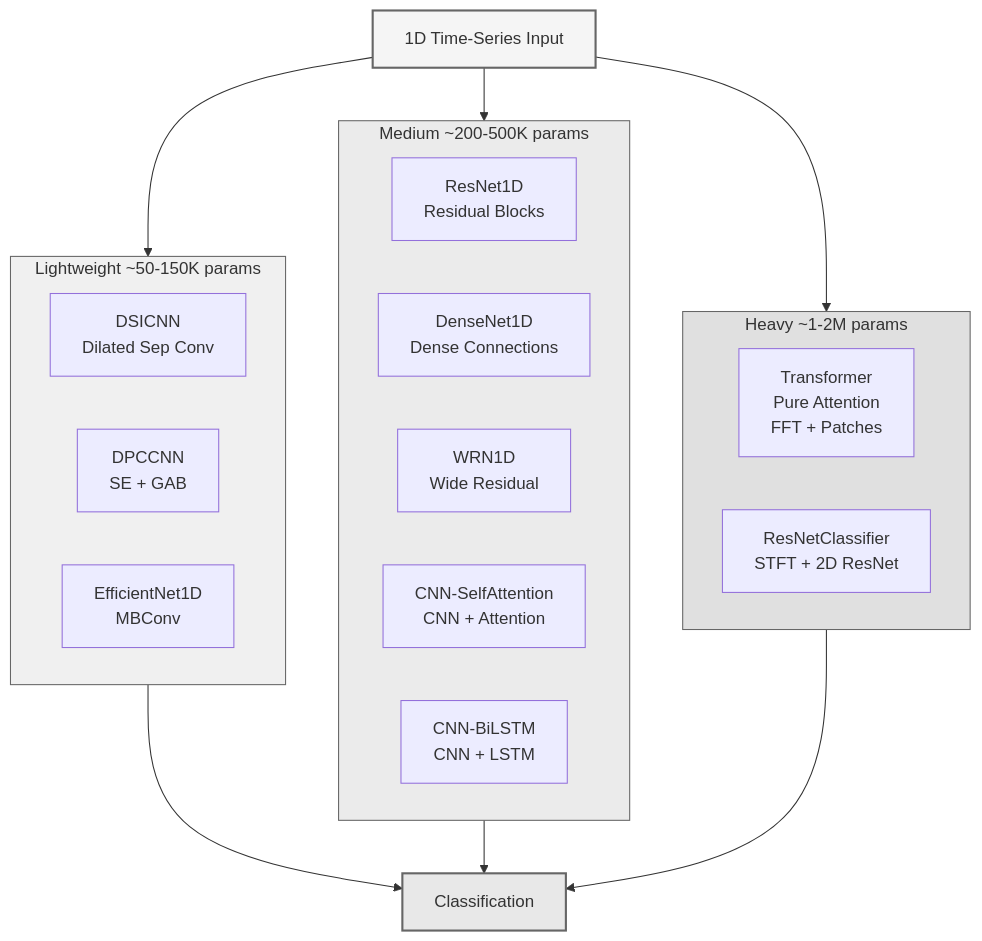
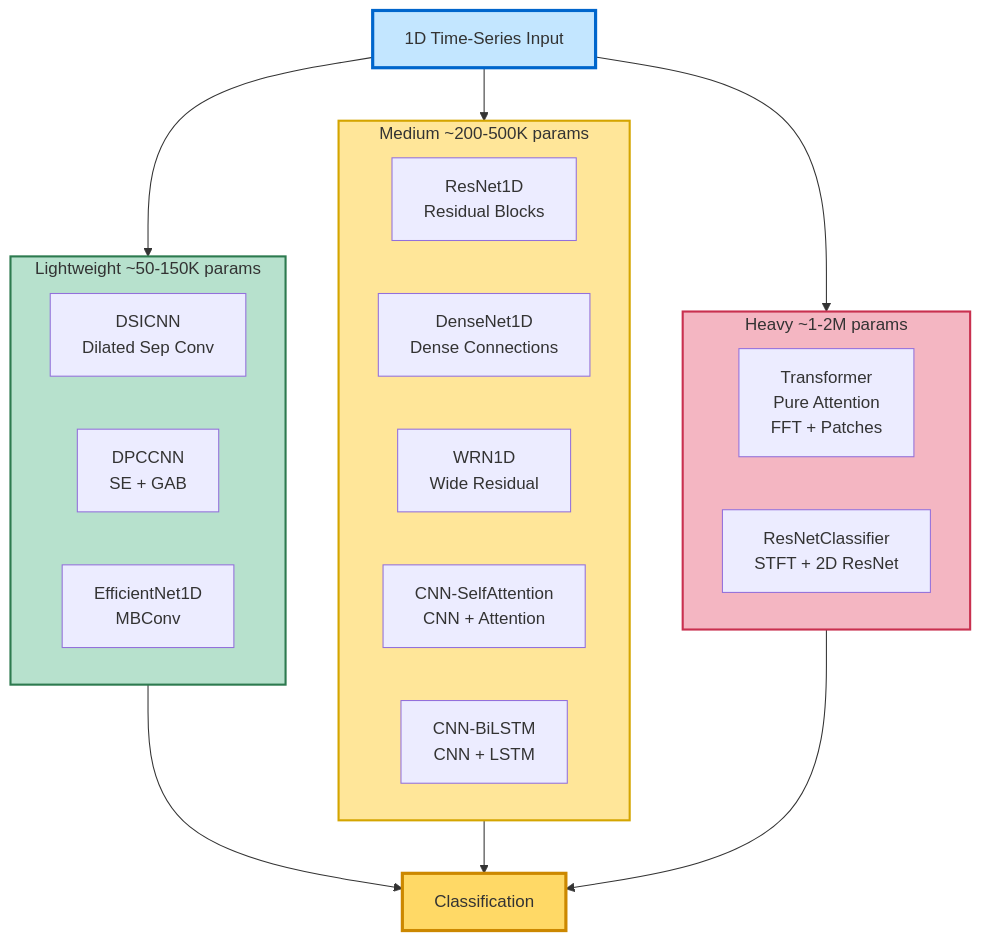
One commit to soroosh-tanzadeh/rotary-insight changed diagram 13 of 13 in models/MODEL_ARCHITECTURES.md. Above: the diagram before and after it, drawn with Mermaid. The commit also changed other lines of this file and 5 other files, not shown here.

````diff
--- a/models/MODEL_ARCHITECTURES.md
+++ b/models/MODEL_ARCHITECTURES.md
@@ -869,35 +920,35 @@
 ```mermaid
 graph TB
     subgraph Lightweight[Lightweight ~50-150K params]
         L1[DSICNN<br/>Dilated Sep Conv]
         L2[DPCCNN<br/>SE + GAB]
         L3[EfficientNet1D<br/>MBConv]
     end
     
     subgraph Medium[Medium ~200-500K params]
         M1[ResNet1D<br/>Residual Blocks]
         M2[DenseNet1D<br/>Dense Connections]
         M3[WRN1D<br/>Wide Residual]
         M4[CNN-SelfAttention<br/>CNN + Attention]
         M5[CNN-BiLSTM<br/>CNN + LSTM]
     end
     
     subgraph Heavy[Heavy ~1-2M params]
         H1[Transformer<br/>Pure Attention<br/>FFT + Patches]
         H2[ResNetClassifier<br/>STFT + 2D ResNet]
     end
     
     Input[1D Time-Series Input] --> Lightweight
     Input --> Medium
     Input --> Heavy
     
     Lightweight --> Output[Classification]
     Medium --> Output
     Heavy --> Output
     
-    style Input fill:#f5f5f5,stroke:#666,stroke-width:2px
-    style Output fill:#e8e8e8,stroke:#666,stroke-width:2px
-    style Lightweight fill:#f0f0f0,stroke:#666
-    style Medium fill:#ebebeb,stroke:#666
-    style Heavy fill:#e0e0e0,stroke:#666
+    style Input fill:#c3e6ff,stroke:#0066cc,stroke-width:3px
+    style Output fill:#ffd966,stroke:#cc8800,stroke-width:3px
+    style Lightweight fill:#b7e1cd,stroke:#2d7a4f,stroke-width:2px
+    style Medium fill:#ffe699,stroke:#d4a500,stroke-width:2px
+    style Heavy fill:#f4b6c2,stroke:#c9304f,stroke-width:2px
 ```
````
